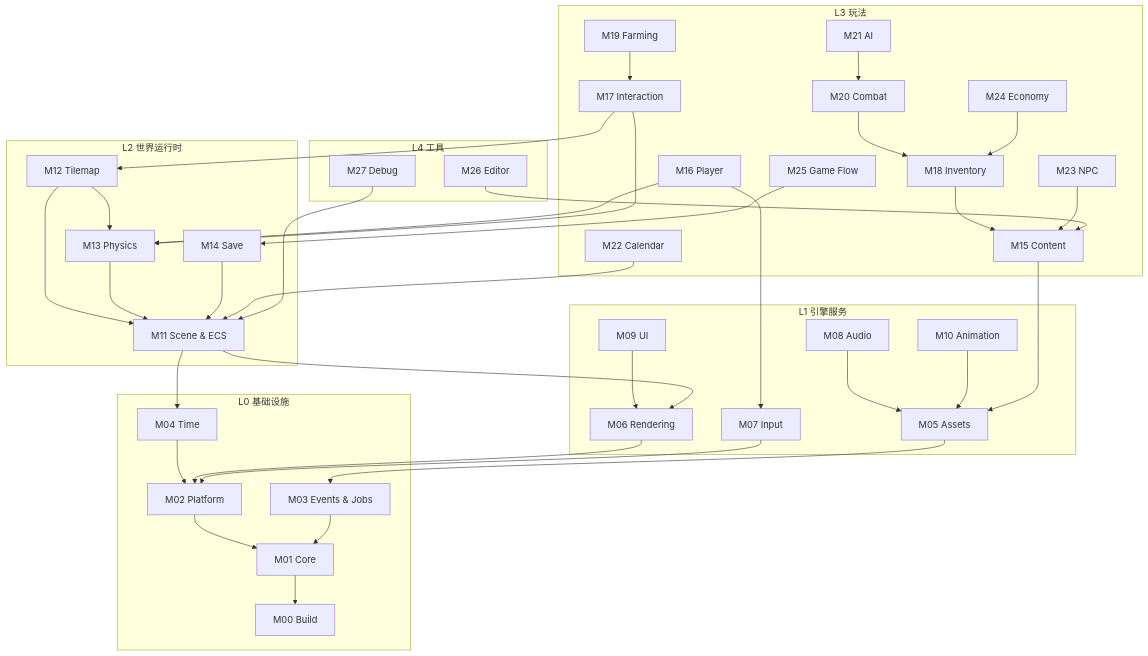
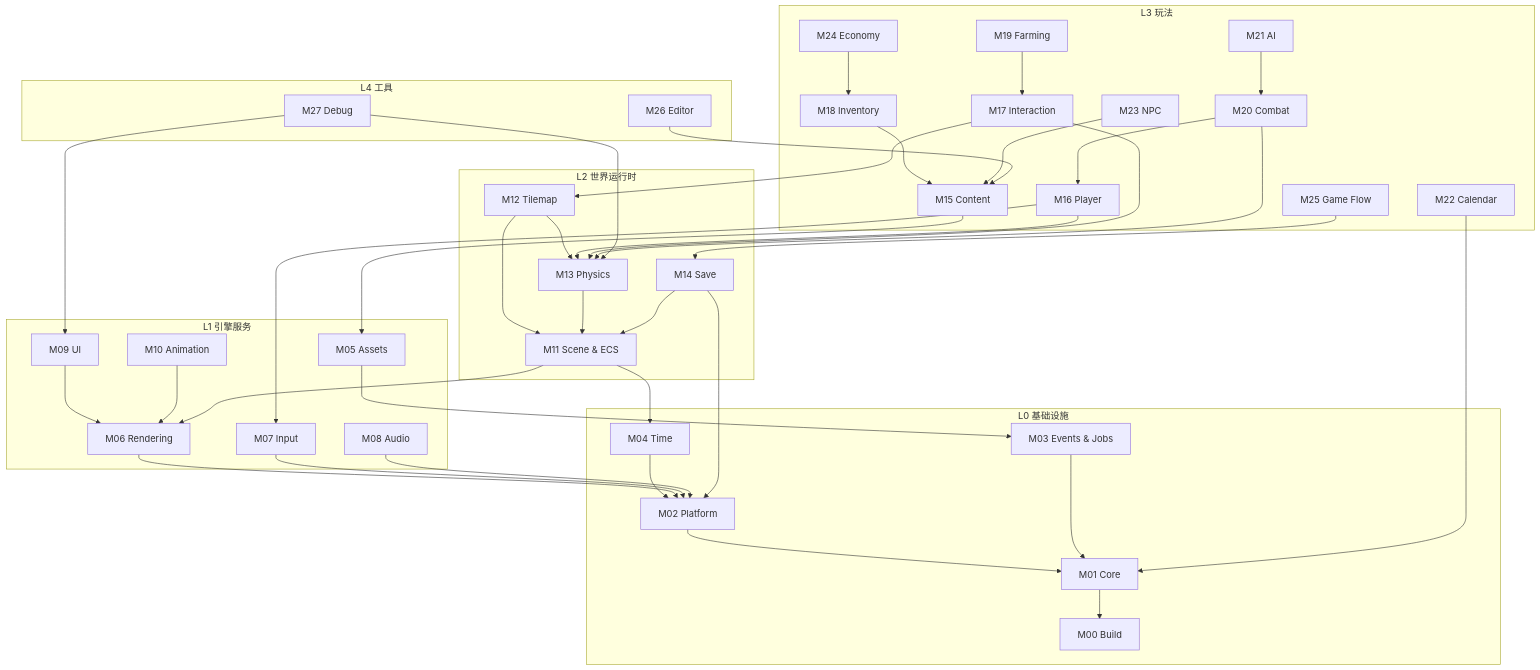
One commit to Narciostyx/Florian-s-Adventure changed the diagram in docs/architecture/module-map.md. Above: the diagram before and after it, drawn with Mermaid. The commit also changed other lines of this file and 113 other files, not shown here.

````diff
--- a/docs/architecture/module-map.md
+++ b/docs/architecture/module-map.md
@@ -40,72 +40,75 @@
 ```mermaid
 flowchart TB
   subgraph L0[L0 基础设施]
     M00[M00 Build]
     M01[M01 Core]
     M02[M02 Platform]
     M03[M03 Events & Jobs]
     M04[M04 Time]
   end
   subgraph L1[L1 引擎服务]
     M05[M05 Assets]
     M06[M06 Rendering]
     M07[M07 Input]
     M08[M08 Audio]
     M09[M09 UI]
     M10[M10 Animation]
   end
   subgraph L2[L2 世界运行时]
     M11[M11 Scene & ECS]
     M12[M12 Tilemap]
     M13[M13 Physics]
     M14[M14 Save]
   end
   subgraph L3[L3 玩法]
     M15[M15 Content]
     M16[M16 Player]
     M17[M17 Interaction]
     M18[M18 Inventory]
     M19[M19 Farming]
     M20[M20 Combat]
     M21[M21 AI]
     M22[M22 Calendar]
     M23[M23 NPC]
     M24[M24 Economy]
     M25[M25 Game Flow]
   end
   subgraph L4[L4 工具]
     M26[M26 Editor]
     M27[M27 Debug]
   end
   M01 --> M00
   M02 --> M01
   M03 --> M01
   M04 --> M02
   M05 --> M03
   M06 --> M02
   M07 --> M02
-  M08 --> M05
+  M08 --> M02
   M09 --> M06
-  M10 --> M05
+  M10 --> M06
   M11 --> M04
   M11 --> M06
   M12 --> M11
   M12 --> M13
   M13 --> M11
+  M14 --> M02
   M14 --> M11
   M15 --> M05
   M16 --> M07
   M16 --> M13
   M17 --> M12
   M17 --> M13
   M18 --> M15
   M19 --> M17
-  M20 --> M18
+  M20 --> M13
+  M20 --> M16
   M21 --> M20
-  M22 --> M11
+  M22 --> M01
   M23 --> M15
   M24 --> M18
   M25 --> M14
   M26 --> M15
-  M27 --> M11
+ M27 --> M09
+ M27 --> M13
 ```
````
